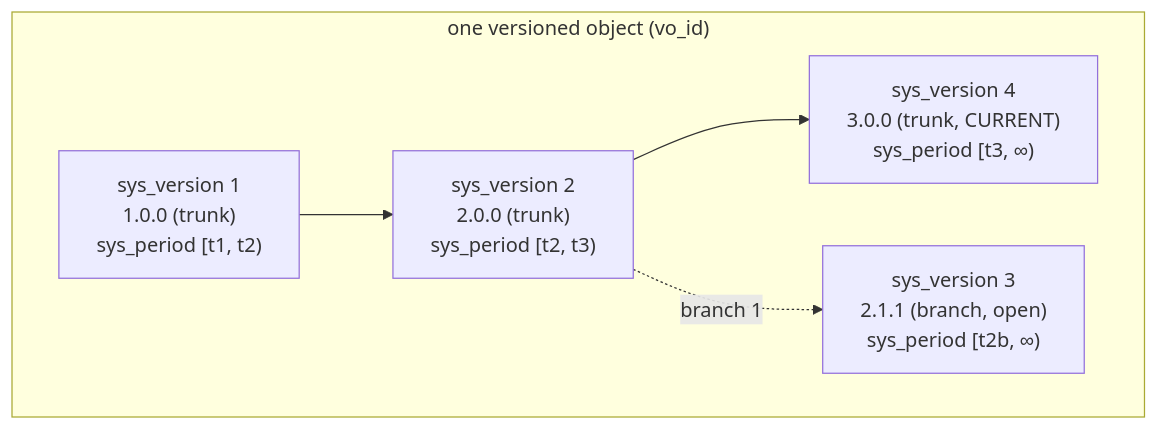
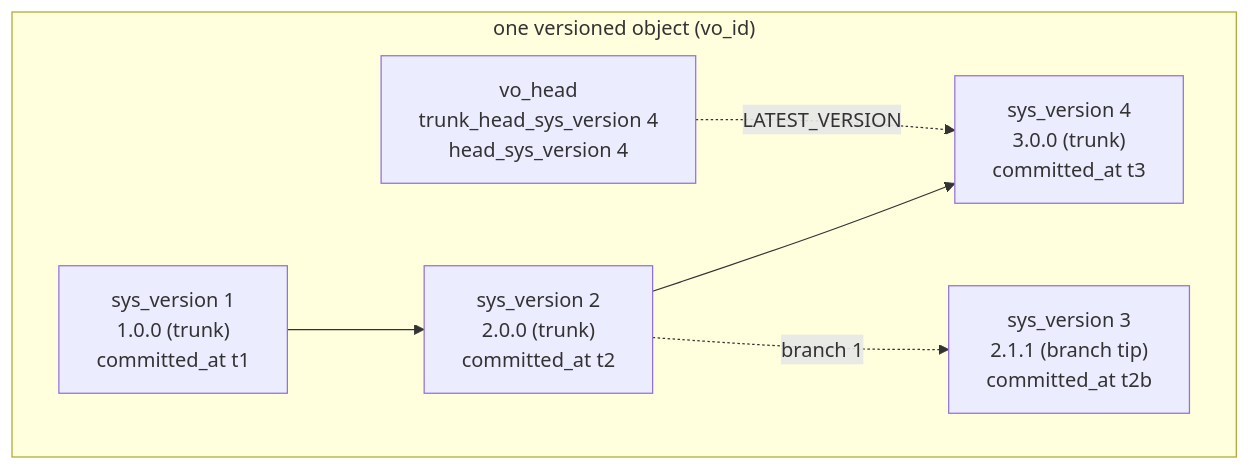
Before and after one commit to rubentalstra/FerroEHR: the third of 6 diagrams in website/book/src/concepts/storage.md, drawn with Mermaid. The commit also changed other lines of this file and 2 other files, not shown here.

First line of the commit message:
docs: the storage page, the architecture record and the security chapter describe the second generation

````diff
--- a/website/book/src/concepts/storage.md
+++ b/website/book/src/concepts/storage.md
@@ -195,11 +223,13 @@
 ```mermaid
 flowchart TD
     subgraph one_object ["one versioned object (vo_id)"]
-        v1["sys_version 1<br/>1.0.0 (trunk)<br/>sys_period [t1, t2)"]
-        v2["sys_version 2<br/>2.0.0 (trunk)<br/>sys_period [t2, t3)"]
-        v3["sys_version 4<br/>3.0.0 (trunk, CURRENT)<br/>sys_period [t3, ∞)"]
-        b1["sys_version 3<br/>2.1.1 (branch, open)<br/>sys_period [t2b, ∞)"]
+        v1["sys_version 1<br/>1.0.0 (trunk)<br/>committed_at t1"]
+        v2["sys_version 2<br/>2.0.0 (trunk)<br/>committed_at t2"]
+        v3["sys_version 4<br/>3.0.0 (trunk)<br/>committed_at t3"]
+        b1["sys_version 3<br/>2.1.1 (branch tip)<br/>committed_at t2b"]
+        head["vo_head<br/>trunk_head_sys_version 4<br/>head_sys_version 4"]
         v1 --> v2 --> v3
         v2 -.->|branch 1| b1
+        head -.->|LATEST_VERSION| v3
     end
 ```
````
